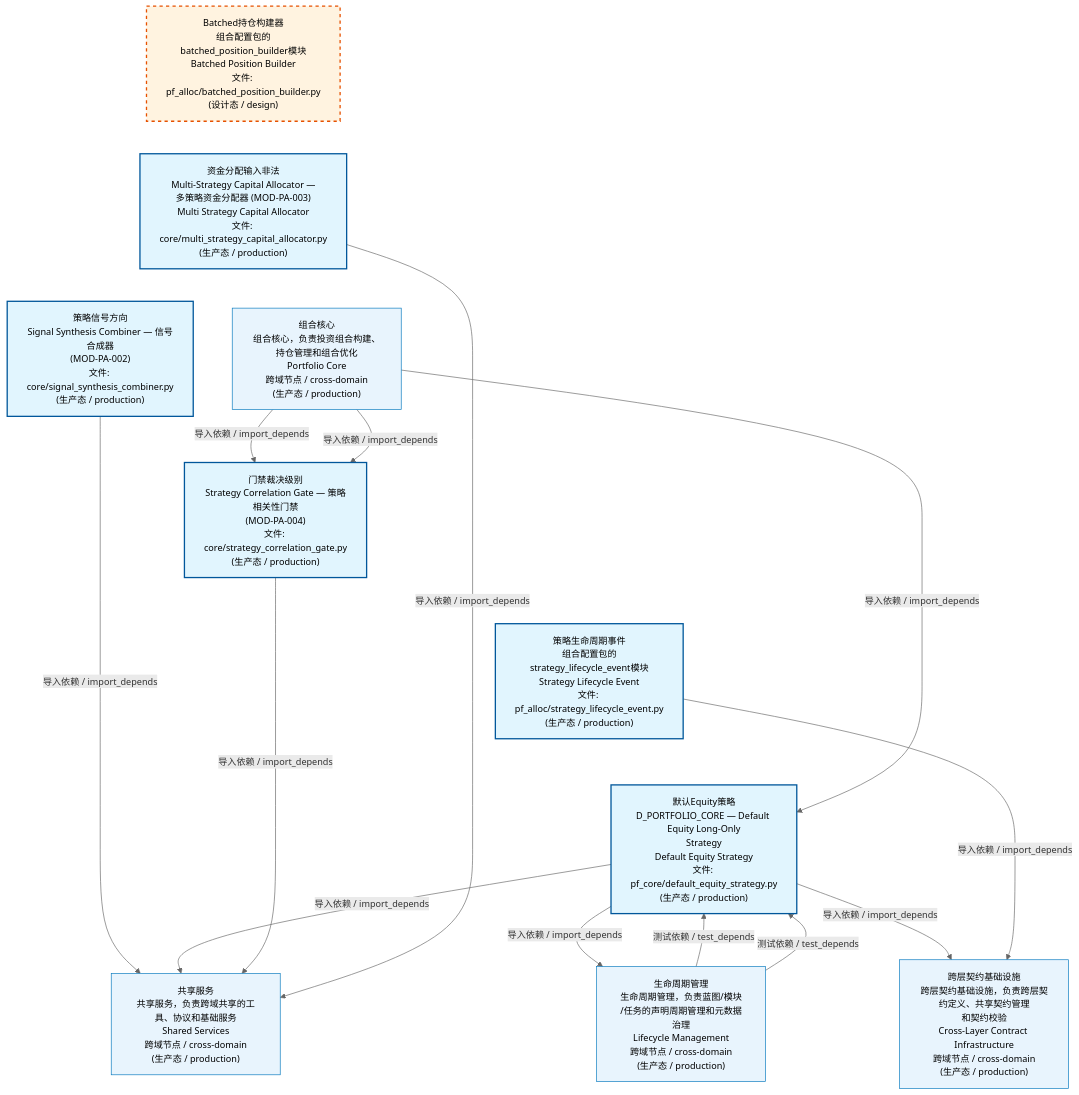
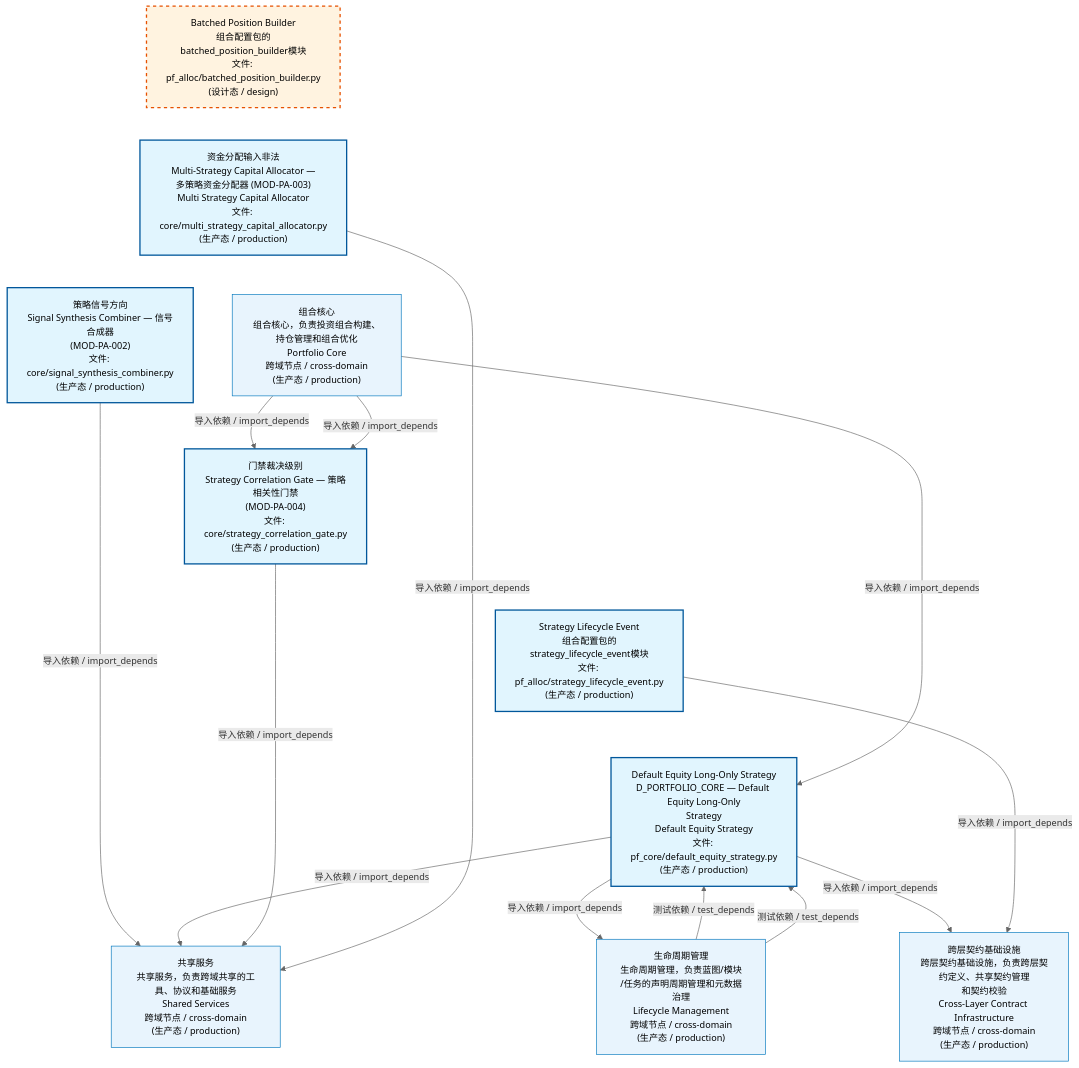
Before and after one commit to xuanFelixVan/ZephyrAlpha: the first of 4 diagrams in docs/02_enterprise_architecture/02_domain_architecture_docs/62_d_pf_alloc.md, drawn with Mermaid. The commit also changed other lines of this file and 51 other files, not shown here.

````diff
--- a/docs/02_enterprise_architecture/02_domain_architecture_docs/62_d_pf_alloc.md
+++ b/docs/02_enterprise_architecture/02_domain_architecture_docs/62_d_pf_alloc.md
@@ -53,38 +53,38 @@
 ```mermaid
 %%{init: {'theme': 'base', 'themeVariables': {'primaryColor': '#eaeaea', 'primaryTextColor': '#333333', 'primaryBorderColor': '#666666', 'lineColor': '#666666', 'secondaryColor': '#eaeaea', 'tertiaryColor': '#eaeaea', 'fontSize': '14px'}}}%%
 flowchart TD
-    src_zephyr_pf_alloc_batched_position_builder_py["Batched持仓构建器<br/>组合配置包的batched_position_builder模块<br/>Batched Position Builder<br/>文件: pf_alloc/batched_position_builder.py<br/>(设计态 / design)"]
+    src_zephyr_pf_alloc_batched_position_builder_py["Batched Position Builder<br/>组合配置包的batched_position_builder模块<br/>文件: pf_alloc/batched_position_builder.py<br/>(设计态 / design)"]
     src_zephyr_pf_alloc_core_multi_strategy_capital_allocator_py["资金分配输入非法<br/>Multi-Strategy Capital Allocator —<br/>多策略资金分配器 (MOD-PA-003)<br/>Multi Strategy Capital Allocator<br/>文件: core/multi_strategy_capital_allocator.py<br/>(生产态 / production)"]
     src_zephyr_pf_alloc_core_signal_synthesis_combiner_py["策略信号方向<br/>Signal Synthesis Combiner — 信号合成器<br/>(MOD-PA-002)<br/>文件: core/signal_synthesis_combiner.py<br/>(生产态 / production)"]
     src_zephyr_pf_alloc_core_strategy_correlation_gate_py["门禁裁决级别<br/>Strategy Correlation Gate — 策略相关性门禁<br/>(MOD-PA-004)<br/>文件: core/strategy_correlation_gate.py<br/>(生产态 / production)"]
-    src_zephyr_pf_alloc_strategy_lifecycle_event_py["策略生命周期事件<br/>组合配置包的strategy_lifecycle_event模块<br/>Strategy Lifecycle Event<br/>文件: pf_alloc/strategy_lifecycle_event.py<br/>(生产态 / production)"]
-    src_zephyr_pf_core_default_equity_strategy_py["默认Equity策略<br/>D_PORTFOLIO_CORE — Default Equity Long-Only<br/>Strategy<br/>Default Equity Strategy<br/>文件: pf_core/default_equity_strategy.py<br/>(生产态 / production)"]
+    src_zephyr_pf_alloc_strategy_lifecycle_event_py["Strategy Lifecycle Event<br/>组合配置包的strategy_lifecycle_event模块<br/>文件: pf_alloc/strategy_lifecycle_event.py<br/>(生产态 / production)"]
+    src_zephyr_pf_core_default_equity_strategy_py["Default Equity Long-Only Strategy<br/>D_PORTFOLIO_CORE — Default Equity Long-Only<br/>Strategy<br/>Default Equity Strategy<br/>文件: pf_core/default_equity_strategy.py<br/>(生产态 / production)"]
     src_zephyr_pf_alloc_batched_position_builder_py ~~~ src_zephyr_pf_alloc_core_multi_strategy_capital_allocator_py
     src_zephyr_pf_alloc_core_multi_strategy_capital_allocator_py ~~~ src_zephyr_pf_alloc_core_signal_synthesis_combiner_py
     src_zephyr_pf_alloc_core_signal_synthesis_combiner_py ~~~ src_zephyr_pf_alloc_core_strategy_correlation_gate_py
     src_zephyr_pf_alloc_core_strategy_correlation_gate_py ~~~ src_zephyr_pf_alloc_strategy_lifecycle_event_py
     src_zephyr_pf_alloc_strategy_lifecycle_event_py ~~~ src_zephyr_pf_core_default_equity_strategy_py
     D_SHARED["共享服务<br/>共享服务，负责跨域共享的工具、协议和基础服务<br/>Shared Services<br/>跨域节点 / cross-domain<br/>(生产态 / production)"]
     src_zephyr_pf_alloc_core_signal_synthesis_combiner_py -->|导入依赖 / import_depends| D_SHARED
     src_zephyr_pf_core_default_equity_strategy_py -->|导入依赖 / import_depends| D_SHARED
     D_GOVERNANCE["生命周期管理<br/>生命周期管理，负责蓝图/模块<br/>/任务的声明周期管理和元数据治理<br/>Lifecycle Management<br/>跨域节点 / cross-domain<br/>(生产态 / production)"]
     src_zephyr_pf_core_default_equity_strategy_py -->|导入依赖 / import_depends| D_GOVERNANCE
     src_zephyr_pf_alloc_core_strategy_correlation_gate_py -->|导入依赖 / import_depends| D_SHARED
     src_zephyr_pf_alloc_core_multi_strategy_capital_allocator_py -->|导入依赖 / import_depends| D_SHARED
     D_INFRASTRUCTURE["跨层契约基础设施<br/>跨层契约基础设施，负责跨层契约定义、共享契约管理<br/>和契约校验<br/>Cross-Layer Contract Infrastructure<br/>跨域节点 / cross-domain<br/>(生产态 / production)"]
     src_zephyr_pf_core_default_equity_strategy_py -->|导入依赖 / import_depends| D_INFRASTRUCTURE
     src_zephyr_pf_alloc_strategy_lifecycle_event_py -->|导入依赖 / import_depends| D_INFRASTRUCTURE
     D_PF_CORE["组合核心<br/>组合核心，负责投资组合构建、持仓管理和组合优化<br/>Portfolio Core<br/>跨域节点 / cross-domain<br/>(生产态 / production)"]
     D_PF_CORE -->|导入依赖 / import_depends| src_zephyr_pf_alloc_core_strategy_correlation_gate_py
     D_GOVERNANCE -->|测试依赖 / test_depends| src_zephyr_pf_core_default_equity_strategy_py
     D_GOVERNANCE -->|测试依赖 / test_depends| src_zephyr_pf_core_default_equity_strategy_py
     D_PF_CORE -->|导入依赖 / import_depends| src_zephyr_pf_alloc_core_strategy_correlation_gate_py
     D_PF_CORE -->|导入依赖 / import_depends| src_zephyr_pf_core_default_equity_strategy_py
     classDef production fill:#e1f5fe,stroke:#01579b,stroke-width:2px,color:#000
     classDef design fill:#fff3e0,stroke:#e65100,stroke-width:2px,color:#000,stroke-dasharray: 5 5
     classDef external_prod fill:#e8f4fd,stroke:#0277bd,stroke-width:1px,color:#000
     classDef external_design fill:#fff8e7,stroke:#ef6c00,stroke-width:1px,color:#000,stroke-dasharray: 5 5
     class src_zephyr_pf_alloc_core_multi_strategy_capital_allocator_py,src_zephyr_pf_alloc_core_signal_synthesis_combiner_py,src_zephyr_pf_alloc_core_strategy_correlation_gate_py,src_zephyr_pf_alloc_strategy_lifecycle_event_py,src_zephyr_pf_core_default_equity_strategy_py production
     class src_zephyr_pf_alloc_batched_position_builder_py design
     class D_SHARED,D_GOVERNANCE,D_INFRASTRUCTURE,D_PF_CORE external_prod
 ```
````
